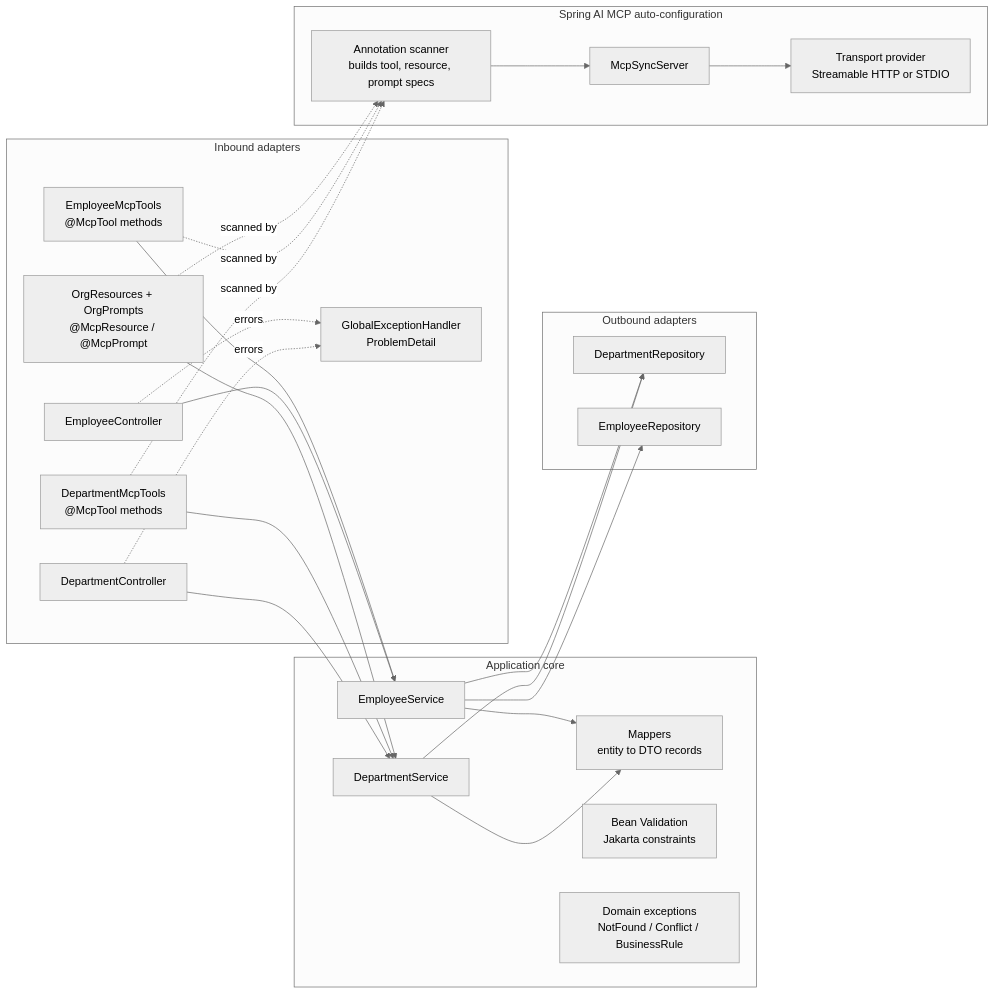
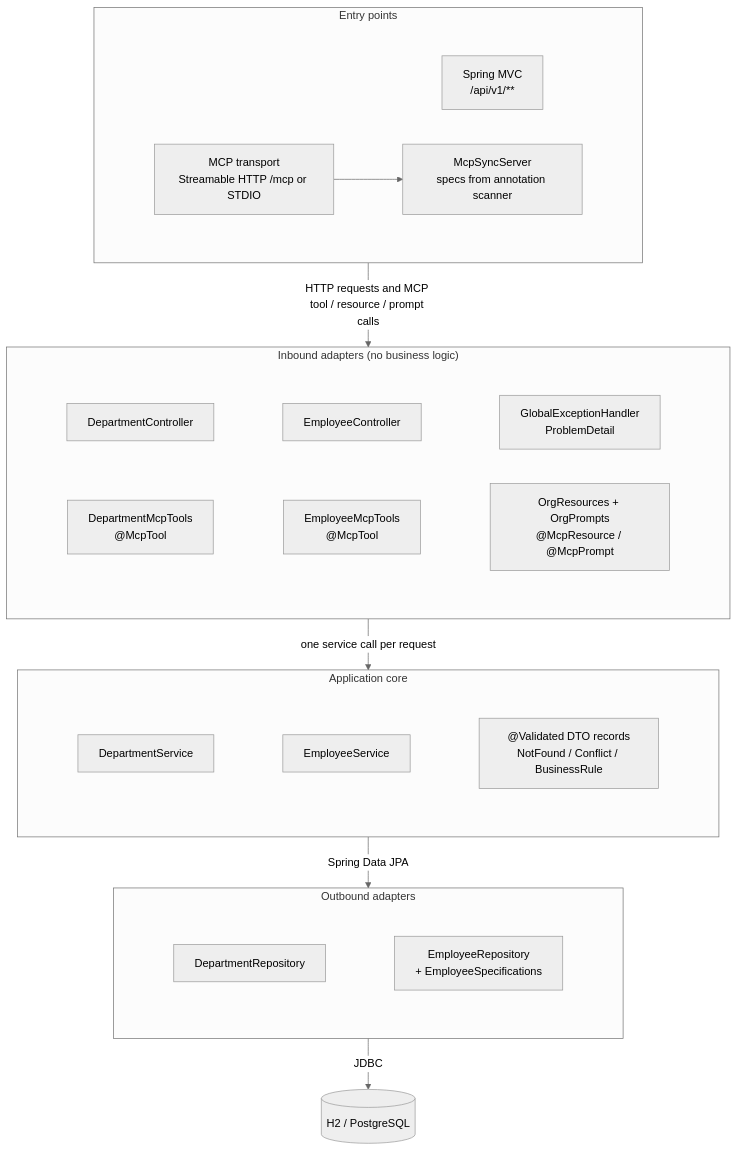
Before and after one commit to marripavankumar/RestAPIMCPDemo: the third of 15 diagrams in docs/architecture/ARCHITECTURE.md, drawn with Mermaid (neutral theme). The commit also changed 1 other file, not shown here.

Commit message:
docs: add architecture.pdf and redraw component view diagram for readability

````diff
--- a/docs/architecture/ARCHITECTURE.md
+++ b/docs/architecture/ARCHITECTURE.md
@@ -141,48 +141,44 @@
 ```mermaid
-flowchart LR
-    subgraph Inbound["Inbound adapters"]
-        DC["DepartmentController"]
-        EC["EmployeeController"]
-        DT["DepartmentMcpTools<br/>@McpTool methods"]
-        ET["EmployeeMcpTools<br/>@McpTool methods"]
-        RES["OrgResources + OrgPrompts<br/>@McpResource / @McpPrompt"]
-        GEH["GlobalExceptionHandler<br/>ProblemDetail"]
+flowchart TB
+    subgraph Entry["Entry points"]
+        subgraph EntryRow[" "]
+            direction LR
+            MVC["Spring MVC<br/>/api/v1/**"]
+            TR["MCP transport<br/>Streamable HTTP /mcp or STDIO"] --> MCPS["McpSyncServer<br/>specs from annotation scanner"]
+        end
+    end
+
+    subgraph Inbound["Inbound adapters (no business logic)"]
+        subgraph InRow[" "]
+            direction LR
+            DC["DepartmentController"] ~~~ EC["EmployeeController"] ~~~ GEH["GlobalExceptionHandler<br/>ProblemDetail"]
+            DT["DepartmentMcpTools<br/>@McpTool"] ~~~ ET["EmployeeMcpTools<br/>@McpTool"] ~~~ RES["OrgResources + OrgPrompts<br/>@McpResource / @McpPrompt"]
+        end
     end
 
     subgraph Core["Application core"]
-        DS["DepartmentService"]
-        ES["EmployeeService"]
-        MAP["Mappers<br/>entity to DTO records"]
-        VAL["Bean Validation<br/>Jakarta constraints"]
-        EXC["Domain exceptions<br/>NotFound / Conflict / BusinessRule"]
+        subgraph CoreRow[" "]
+            direction LR
+            DS["DepartmentService"] ~~~ ES["EmployeeService"] ~~~ RULES["@Validated DTO records<br/>NotFound / Conflict / BusinessRule"]
+        end
     end
 
     subgraph Outbound["Outbound adapters"]
-        DR["DepartmentRepository"]
-        ER["EmployeeRepository"]
+        subgraph OutRow[" "]
+            direction LR
+            DR["DepartmentRepository"] ~~~ ER["EmployeeRepository<br/>+ EmployeeSpecifications"]
+        end
     end
 
-    subgraph Framework["Spring AI MCP auto-configuration"]
-        TCP["Annotation scanner<br/>builds tool, resource, prompt specs"]
-        MCPS["McpSyncServer"]
-        TR["Transport provider<br/>Streamable HTTP or STDIO"]
-    end
+    DB[("H2 / PostgreSQL")]
 
-    DC --> DS
-    EC --> ES
-    DT --> DS
-    ET --> ES
-    RES --> DS
-    DS --> DR
-    ES --> ER
-    ES --> DR
-    DS --> MAP
-    ES --> MAP
-    DT -. "scanned by" .-> TCP
-    ET -. "scanned by" .-> TCP
-    RES -. "scanned by" .-> TCP
-    TCP --> MCPS
-    MCPS --> TR
-    DC -. "errors" .-> GEH
-    EC -. "errors" .-> GEH
+    Entry -- "HTTP requests and MCP tool / resource / prompt calls" --> Inbound
+    Inbound -- "one service call per request" --> Core
+    Core -- "Spring Data JPA" --> Outbound
+    Outbound -- "JDBC" --> DB
+
+    style EntryRow fill:none,stroke:none
+    style InRow fill:none,stroke:none
+    style CoreRow fill:none,stroke:none
+    style OutRow fill:none,stroke:none
 ```
````
